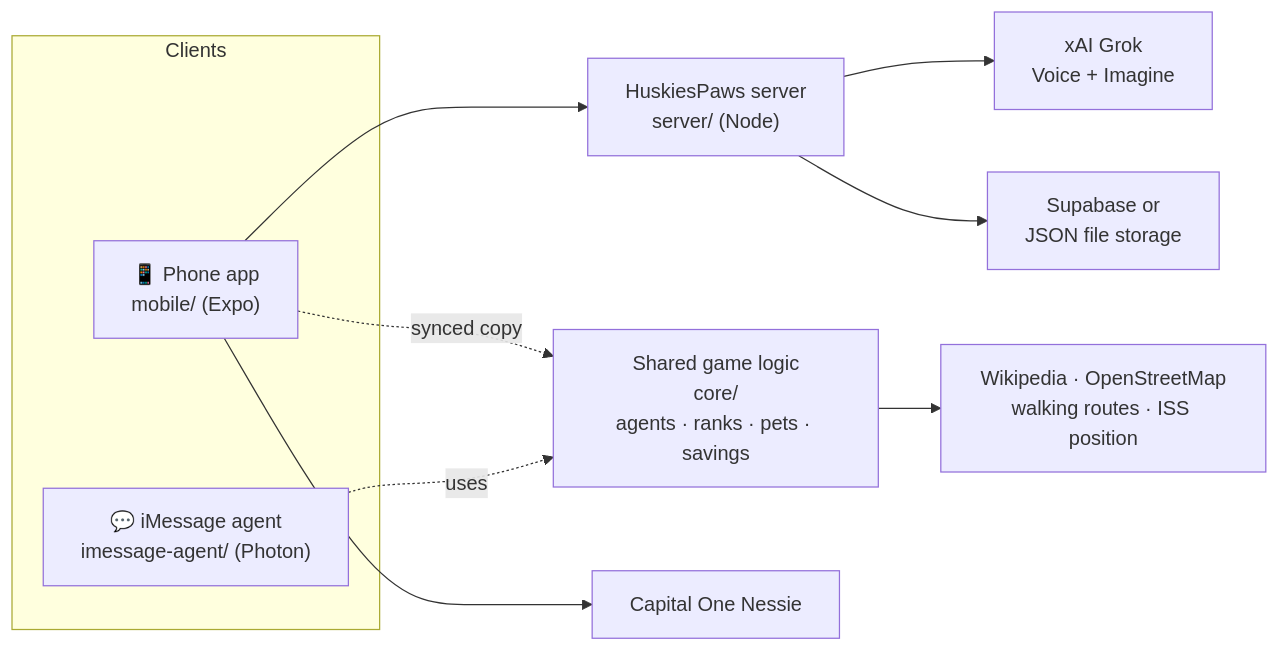
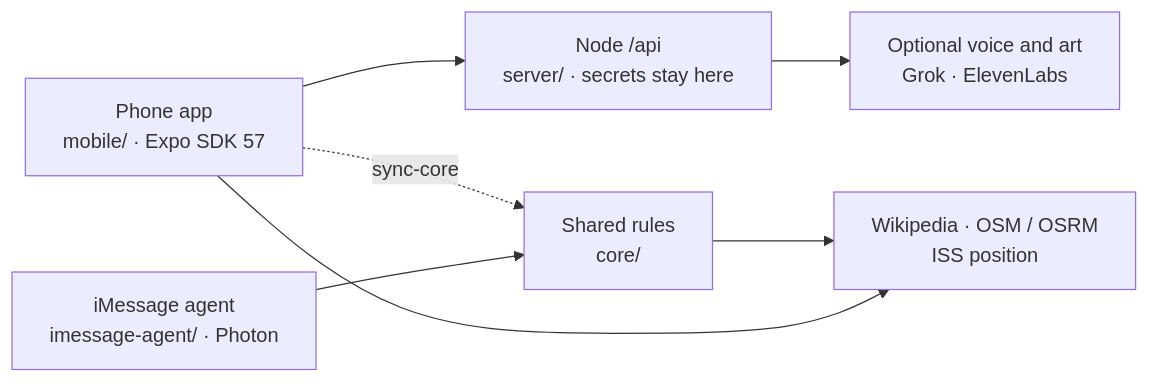
One commit to LuisMend12/HuskiesPaws changed the diagram in README.md. Above: the diagram before and after it, drawn with Mermaid. The commit also changed other lines of this file and 1 other file, not shown here.

````diff
--- a/README.md
+++ b/README.md
@@ -65,16 +94,16 @@
 ```mermaid
 flowchart LR
-  subgraph Clients
-    Phone["📱 Phone app<br/>mobile/ (Expo)"]
-    IM["💬 iMessage agent<br/>imessage-agent/ (Photon)"]
-  end
-  Core["Shared game logic<br/>core/<br/>agents · ranks · pets · savings"]
-  Server["HuskiesPaws server<br/>server/ (Node)"]
-  Phone --> Server
-  Phone -.synced copy.-> Core
-  IM -.uses.-> Core
-  Server --> Grok["xAI Grok<br/>Voice + Imagine"]
-  Server --> DB["Supabase or<br/>JSON file storage"]
-  Phone --> Nessie["Capital One Nessie"]
-  Core --> Data["Wikipedia · OpenStreetMap<br/>walking routes · ISS position"]
+  Phone["Phone app<br/>mobile/ · Expo SDK 57"]
+  IM["iMessage agent<br/>imessage-agent/ · Photon"]
+  Core["Shared rules<br/>core/"]
+  API["Node /api<br/>server/ · secrets stay here"]
+  World["Wikipedia · OSM / OSRM<br/>ISS position"]
+  Voice["Optional voice and art<br/>Grok · ElevenLabs"]
+
+  Phone --> API
+  Phone -.sync-core.-> Core
+  IM --> Core
+  API --> Voice
+  Core --> World
+  Phone --> World
 ```
````
